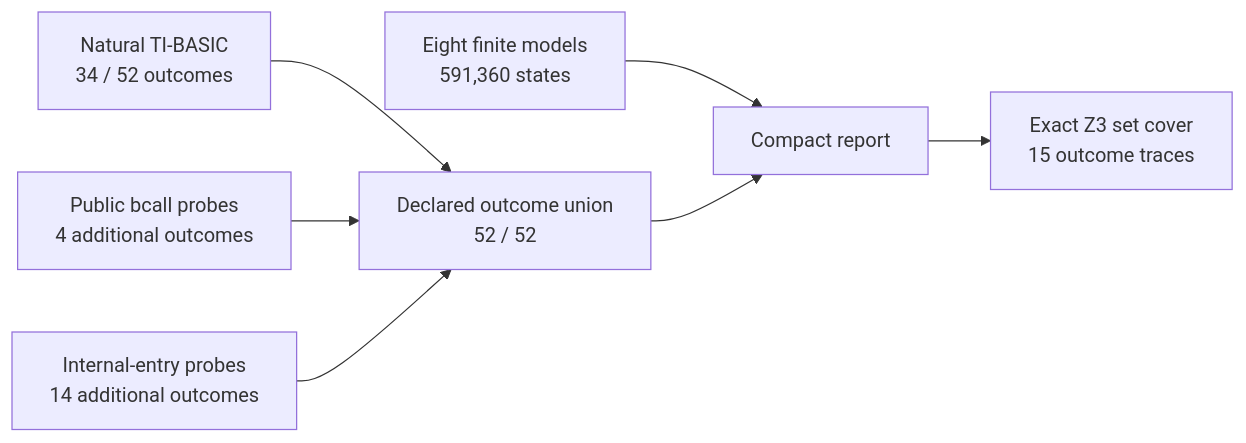
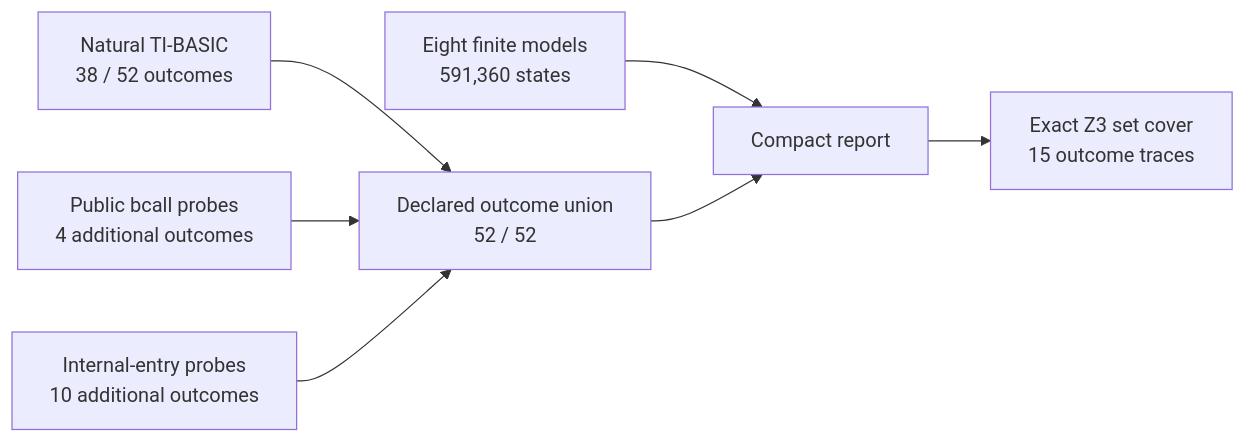
Before and after one commit to siraben/ti84p-re: the first of 2 diagrams in docs/sub-tibasic-tracing.md, drawn with Mermaid. The commit also changed other lines of this file and 1 other file, not shown here.

Commit message:
Explain TI-BASIC numeric guard coverage

````diff
--- a/docs/sub-tibasic-tracing.md
+++ b/docs/sub-tibasic-tracing.md
@@ -56,9 +56,9 @@
 ```mermaid
 flowchart LR
-    N["Natural TI-BASIC<br/>34 / 52 outcomes"] --> U["Declared outcome union<br/>52 / 52"]
+    N["Natural TI-BASIC<br/>38 / 52 outcomes"] --> U["Declared outcome union<br/>52 / 52"]
     B["Public bcall probes<br/>4 additional outcomes"] --> U
-    I["Internal-entry probes<br/>14 additional outcomes"] --> U
+    I["Internal-entry probes<br/>10 additional outcomes"] --> U
     F["Eight finite models<br/>591,360 states"] --> R["Compact report"]
     U --> R
     R --> Z["Exact Z3 set cover<br/>15 outcome traces"]
 ```
````
